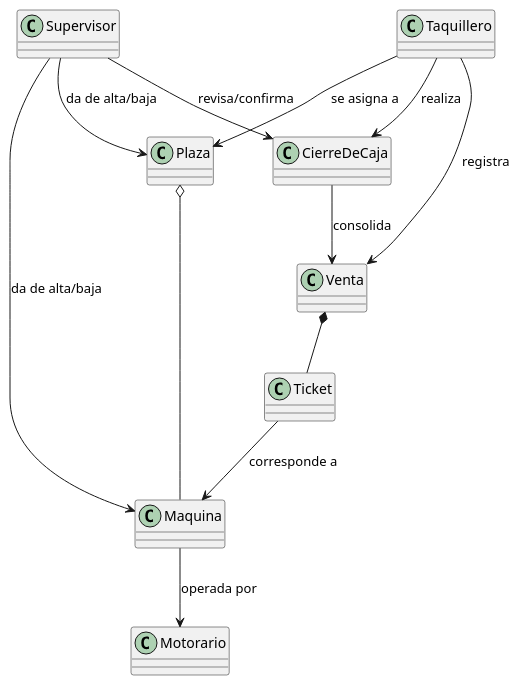
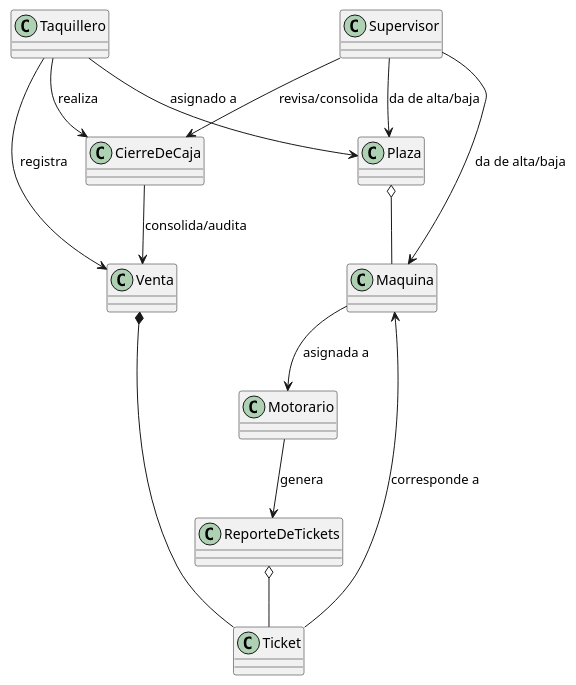
The diagram in UML/00-requisitos/00-modeloDelDominio/modelo-del-dominio.puml (aeRomeroz/pyTicketing), drawn with PlantUML before and after one commit. The commit also changed 2 other files, not shown here.

Commit message:
docs(dominio-contexto): documentar diagrama de contexto global y modelo del dominio
- Añadir README del Diagrama de Contexto Global alineado a la navegacion por estados.
- Actualizar componentes del Modelo del Dominio (Plaza, Maquina, Venta, CierreDeCaja y ReporteDeTickets).
- Incorporar entidad transaccional ReporteDeTickets para la agrupacion y trazabilidad de lotes de tickets

```diff
--- a/UML/00-requisitos/00-modeloDelDominio/modelo-del-dominio.puml
+++ b/UML/00-requisitos/00-modeloDelDominio/modelo-del-dominio.puml
@@ -1,29 +1,32 @@
   @startuml diagrama-modelo-del-dominio
   
   class Supervisor
   class Taquillero
   class Motorario
   
   class Maquina
   class Plaza
   class Venta
   class Ticket
   class CierreDeCaja
+  class ReporteDeTickets
   
   Plaza o-- Maquina
   
-  Maquina --> Motorario : operada por
+  Maquina --> Motorario : asignada a
+  Motorario --> ReporteDeTickets : genera
   Ticket --> Maquina : corresponde a
+  ReporteDeTickets o-- Ticket
   
-  Taquillero --> Plaza : se asigna a
+  Taquillero --> Plaza : asignado a
   Taquillero --> Venta : registra
   Venta *-- Ticket
   
-  CierreDeCaja --> Venta : consolida
+  CierreDeCaja --> Venta : consolida/audita
   Taquillero --> CierreDeCaja : realiza
-  Supervisor --> CierreDeCaja : revisa/confirma
+  Supervisor --> CierreDeCaja : revisa/consolida
   
   Supervisor --> Plaza : da de alta/baja
   Supervisor --> Maquina : da de alta/baja
   
   @enduml
```
